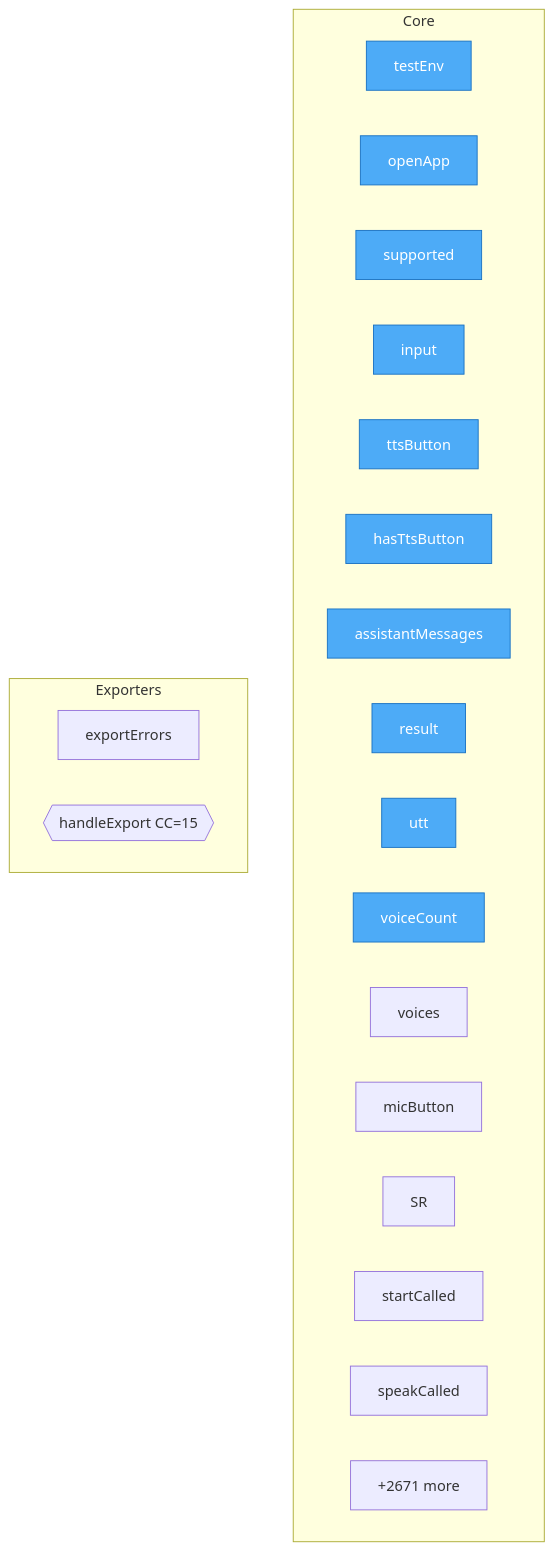
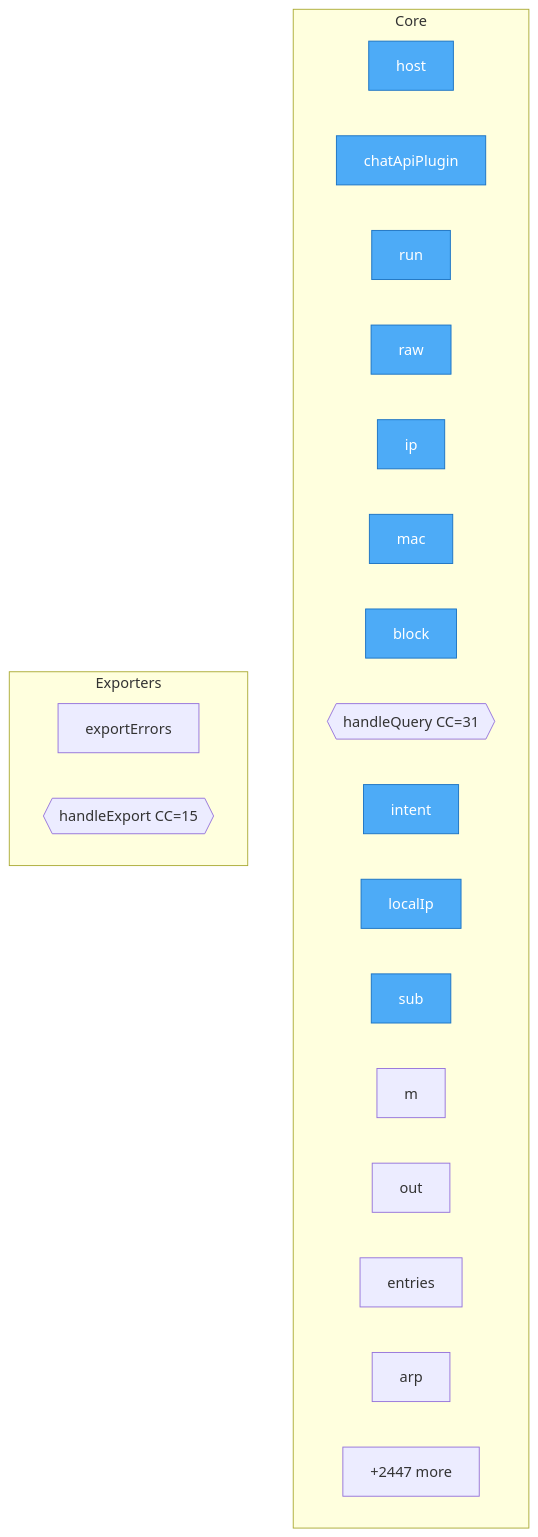
Before and after one commit to broxeen/broxeen: the diagram in project/flow.mmd, drawn with Mermaid. The commit also changed 18 other files, not shown here.

```diff
--- a/project/flow.mmd
+++ b/project/flow.mmd
@@ -1,30 +1,30 @@
 flowchart TD
 
     %% Entry points (blue)
     classDef entry fill:#4dabf7,stroke:#1971c2,color:#fff
 
     subgraph Core
-        playwright__config__testEnv["testEnv"]
-        e2e__voice_interface__spec__openApp["openApp"]
-        e2e__voice_interface__spec__supported["supported"]
-        e2e__voice_interface__spec__input["input"]
-        e2e__voice_interface__spec__ttsButton["ttsButton"]
-        e2e__voice_interface__spec__hasTtsButton["hasTtsButton"]
-        e2e__voice_interface__spec__assistantMessages["assistantMessages"]
-        e2e__voice_interface__spec__result["result"]
-        e2e__voice_interface__spec__utt["utt"]
-        e2e__voice_interface__spec__voiceCount["voiceCount"]
-        e2e__voice_interface__spec__voices["voices"]
-        e2e__voice_interface__spec__micButton["micButton"]
-        e2e__voice_interface__spec__SR["SR"]
-        e2e__voice_interface__spec__startCalled["startCalled"]
-        e2e__voice_interface__spec__speakCalled["speakCalled"]
-        ...["+2671 more"]
+        vite__config__host["host"]
+        vite__config__chatApiPlugin["chatApiPlugin"]
+        vite__config__run["run"]
+        vite__config__raw["raw"]
+        vite__config__ip["ip"]
+        vite__config__mac["mac"]
+        vite__config__block["block"]
+        vite__config__handleQuery{{handleQuery CC=31}}
+        vite__config__intent["intent"]
+        vite__config__localIp["localIp"]
+        vite__config__sub["sub"]
+        vite__config__m["m"]
+        vite__config__out["out"]
+        vite__config__entries["entries"]
+        vite__config__arp["arp"]
+        ...["+2447 more"]
     end
 
     subgraph Exporters
         src__utils__errorReporting__ErrorReporting__exportErrors["exportErrors"]
         src__plugins__discovery__networkScanPlugin__NetworkScanPlugin__handleExport{{handleExport CC=15}}
     end
 
-    class playwright__config__testEnv,e2e__voice_interface__spec__openApp,e2e__voice_interface__spec__supported,e2e__voice_interface__spec__input,e2e__voice_interface__spec__ttsButton,e2e__voice_interface__spec__hasTtsButton,e2e__voice_interface__spec__assistantMessages,e2e__voice_interface__spec__result,e2e__voice_interface__spec__utt,e2e__voice_interface__spec__voiceCount entry
+    class vite__config__host,vite__config__chatApiPlugin,vite__config__run,vite__config__raw,vite__config__ip,vite__config__mac,vite__config__block,vite__config__intent,vite__config__localIp,vite__config__sub entry
```
